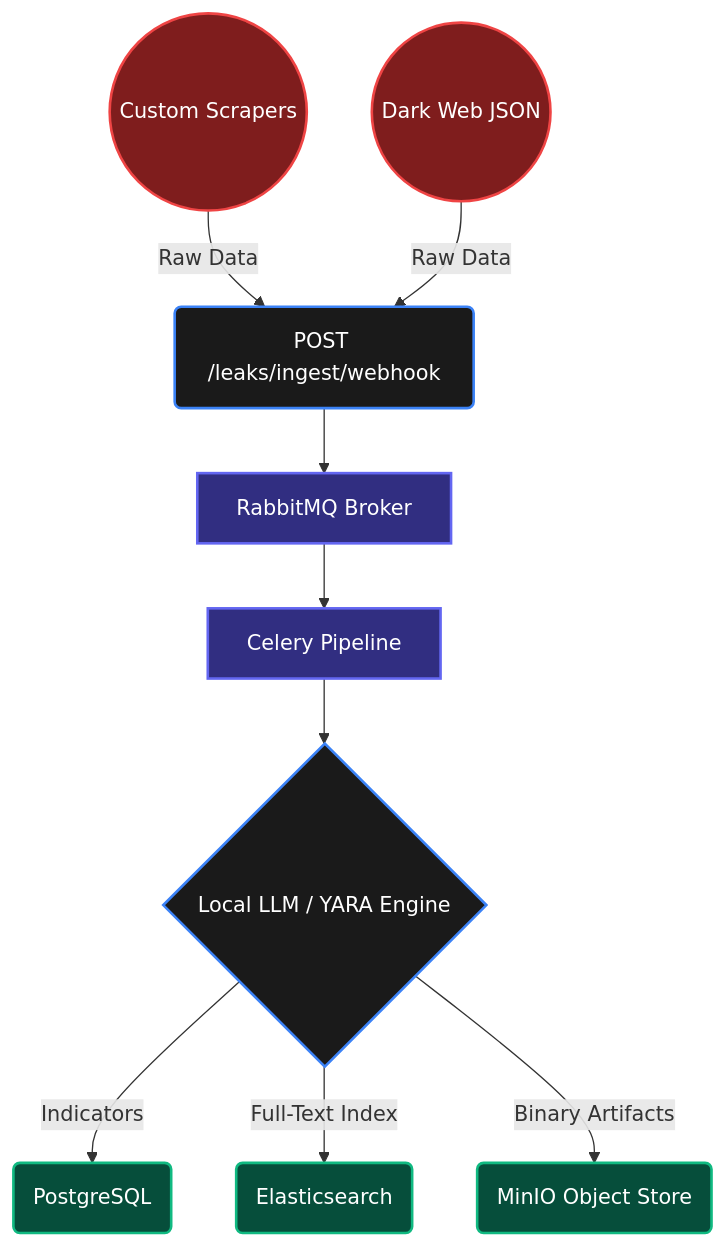
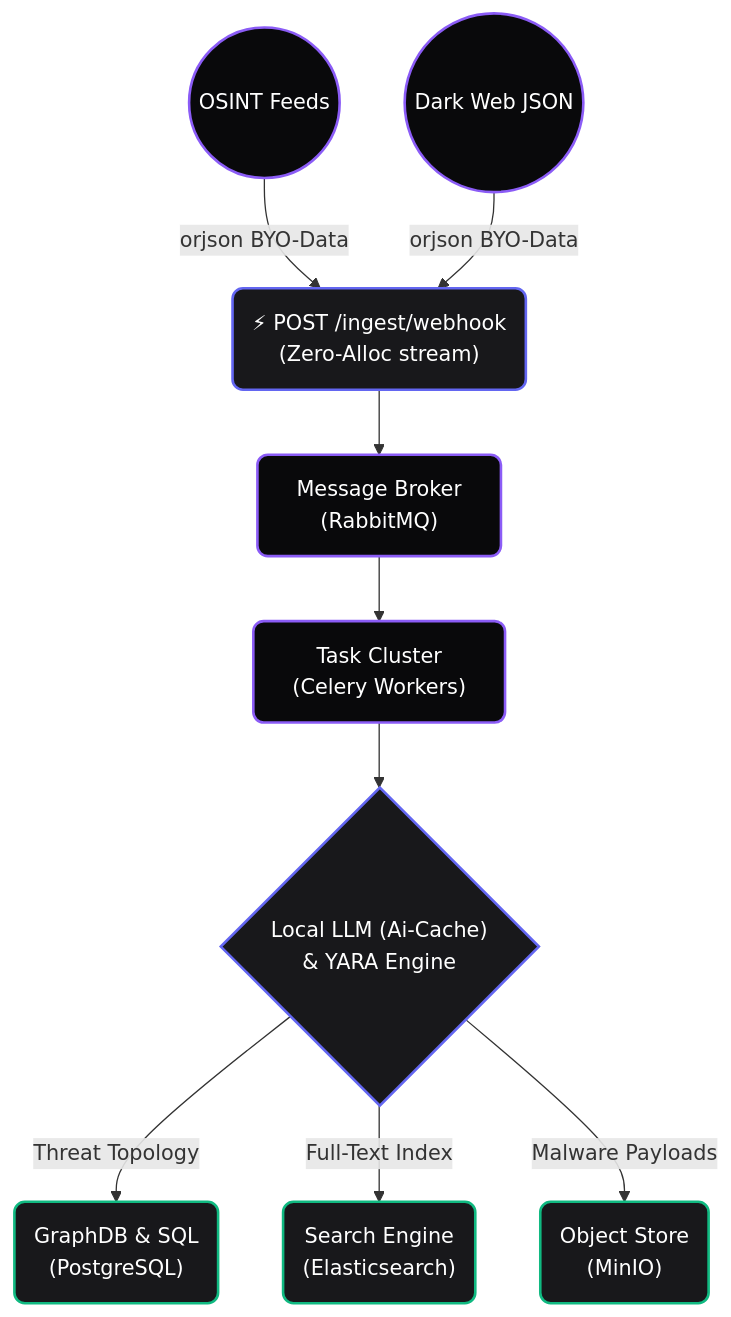
The diagram in README.md (fabriziosalmi/naso), drawn with Mermaid before and after one commit. The commit also changed other lines of this file and 76 other files, not shown here.

````diff
--- a/README.md
+++ b/README.md
@@ -24,23 +49,22 @@
 ```mermaid
 graph TD
-    %% Define Styles
-    classDef intel fill:#1A1A1A,stroke:#3B82F6,stroke-width:2px,color:#FFFFFF;
-    classDef worker fill:#312E81,stroke:#6366F1,stroke-width:2px,color:#FFFFFF;
-    classDef storage fill:#064E3B,stroke:#10B981,stroke-width:2px,color:#FFFFFF;
-    classDef external fill:#7F1D1D,stroke:#EF4444,stroke-width:2px,color:#FFFFFF;
+    %% FAANG Aesthetics
+    classDef intel fill:#18181b,stroke:#6366f1,stroke-width:2px,color:#FFFFFF,rx:8,ry:8;
+    classDef worker fill:#09090b,stroke:#8b5cf6,stroke-width:2px,color:#FFFFFF,rx:8,ry:8;
+    classDef storage fill:#18181b,stroke:#10b981,stroke-width:2px,color:#FFFFFF,rx:8,ry:8;
     
-    A1((Custom Scrapers)):::external
-    A2((Dark Web JSON)):::external
+    A1((OSINT Feeds)):::worker
+    A2((Dark Web JSON)):::worker
     
-    B(POST /leaks/ingest/webhook):::intel
-    A1 & A2 -->|Raw Data| B
+    B("⚡ POST /ingest/webhook \n(Zero-Alloc stream)"):::intel
+    A1 & A2 -->|orjson BYO-Data| B
     
-    B --> C[RabbitMQ Broker]:::worker
-    C --> D[Celery Pipeline]:::worker
+    B --> C["Message Broker\n(RabbitMQ)"]:::worker
+    C --> D["Task Cluster\n(Celery Workers)"]:::worker
     
-    D --> E{Local LLM / YARA Engine}:::intel
+    D --> E{"Local LLM (Ai-Cache) \n& YARA Engine"}:::intel
     
-    E -->|Indicators| F1(PostgreSQL):::storage
-    E -->|Full-Text Index| F2(Elasticsearch):::storage
-    E -->|Binary Artifacts| F3(MinIO Object Store):::storage
+    E -->|Threat Topology| F1("GraphDB & SQL \n(PostgreSQL)"):::storage
+    E -->|Full-Text Index| F2("Search Engine \n(Elasticsearch)"):::storage
+    E -->|Malware Payloads| F3("Object Store \n(MinIO)"):::storage
 ```
````
